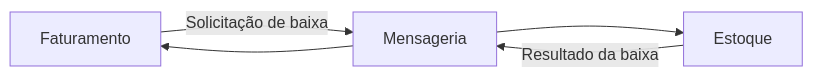
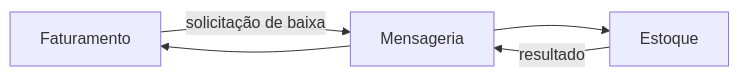
Before and after one commit to CayoHenri/Korp_Teste_CaioHenrique: the first of 2 diagrams in docs/README_MODELO_DOMINIO.md, drawn with Mermaid. The commit also changed other lines of this file and 9 other files, not shown here.

````diff
--- a/docs/README_MODELO_DOMINIO.md
+++ b/docs/README_MODELO_DOMINIO.md
@@ -47,8 +5,7 @@
 ```mermaid
 flowchart LR
-    F[Faturamento] -->|Solicitação de baixa| M[Mensageria]
+    F[Faturamento] -->|solicitação de baixa| M[Mensageria]
     M --> E[Estoque]
-
-    E -->|Resultado da baixa| M
+    E -->|resultado| M
     M --> F
 ```
````
